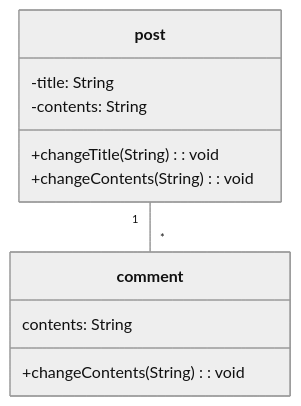
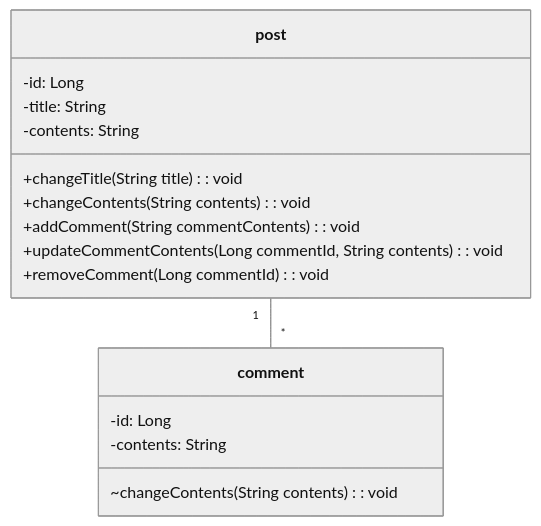
One commit to GoGradually/SuperBoard changed the diagram in board/README.md. Above: the diagram before and after it, drawn with Mermaid (neutral theme). The commit also changed other lines of this file, not shown here.

Commit message:
docs: README.md 수정
- 도메인 모델 추가

````diff
--- a/board/README.md
+++ b/board/README.md
@@ -188,15 +190,20 @@
 ```mermaid
 classDiagram
     class post {
+        -id: Long
         -title: String
         -contents: String
-        +changeTitle(String): void
-        +changeContents(String): void
+        +changeTitle(String title): void
+        +changeContents(String contents): void
+        +addComment(String commentContents): void
+        +updateCommentContents(Long commentId, String contents): void
+        +removeComment(Long commentId): void
     }
     class comment{
-        contents: String
-        +changeContents(String): void
+        -id: Long
+        -contents: String
+        ~changeContents(String contents): void
     }
     
     post "1"--"*" comment
 ```
````
